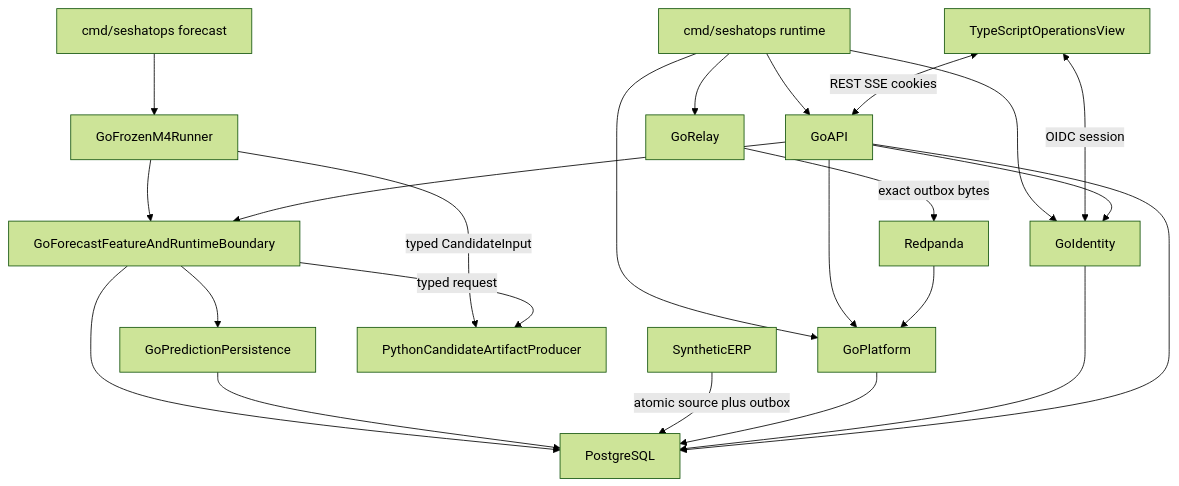
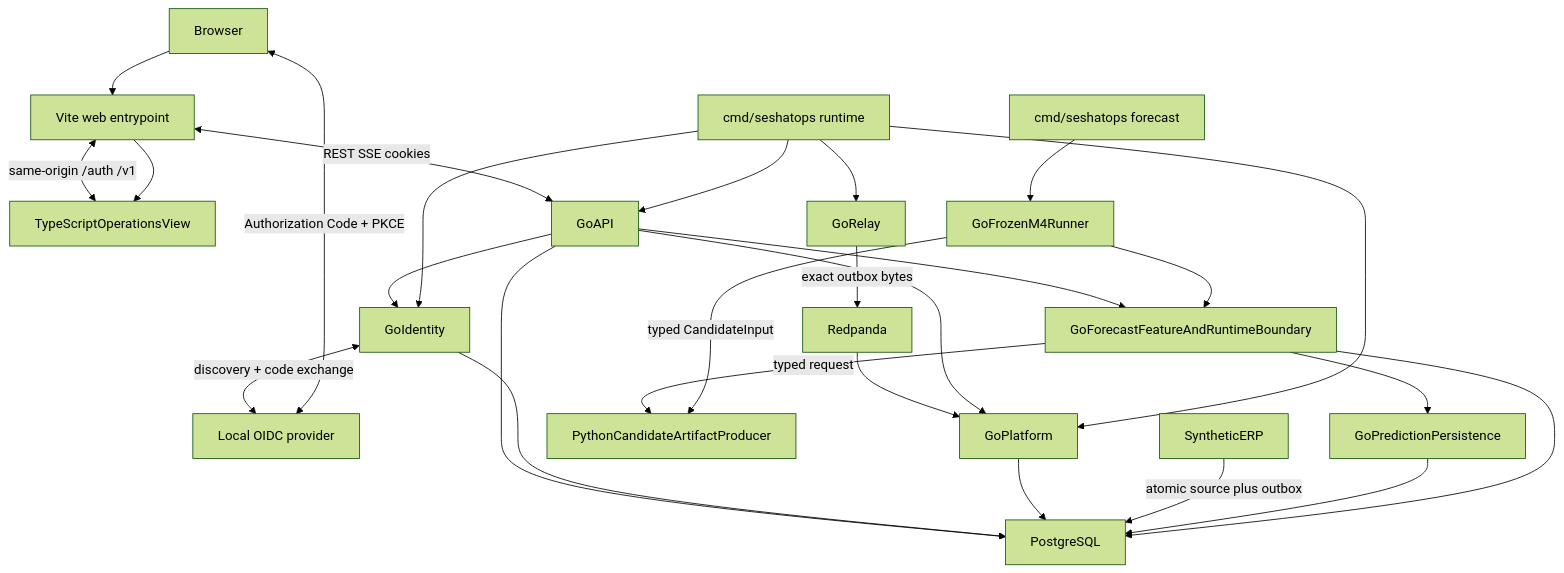
Before and after one commit to G1DO/seshatops: the diagram in docs/architecture/overview.md, drawn with Mermaid (forest theme). The commit also changed other lines of this file and 18 other files, not shown here.

````diff
--- a/docs/architecture/overview.md
+++ b/docs/architecture/overview.md
@@ -28,38 +36,44 @@
 ```mermaid
 flowchart TB
   RT[cmd/seshatops runtime]
-  UI[TypeScriptOperationsView]
+  UI[Browser]
+  WEB[Vite web entrypoint]
+  UIAPP[TypeScriptOperationsView]
+  OIDC[Local OIDC provider]
   ID[GoIdentity]
   API[GoAPI]
   PL[GoPlatform]
   FS[GoForecastFeatureAndRuntimeBoundary]
   FR[cmd/seshatops forecast]
   FE[GoFrozenM4Runner]
   REL[GoRelay]
   ERP[SyntheticERP]
   BUS[Redpanda]
   PG[PostgreSQL]
   PY[PythonCandidateArtifactProducer]
   RT --> ID
   RT --> API
   RT --> REL
   RT --> PL
   FR --> FE
   FE -->|typed CandidateInput| PY
   FE --> FS
   PP[GoPredictionPersistence]
-  UI <-->|"REST SSE cookies"| API
-  UI <-->|"OIDC session"| ID
+  UI --> WEB --> UIAPP
+  UIAPP <-->|"same-origin /auth /v1"| WEB
+  WEB <-->|"REST SSE cookies"| API
+  UI <-->|"Authorization Code + PKCE"| OIDC
+  ID <-->|"discovery + code exchange"| OIDC
   API --> ID
   API --> PL
   API --> FS
   FS --> PG
   FS -->|typed request| PY
   FS --> PP --> PG
   ERP -->|atomic source plus outbox| PG
   REL -->|exact outbox bytes| BUS
   BUS --> PL
   PL --> PG
   ID --> PG
   API --> PG
 ```
````
